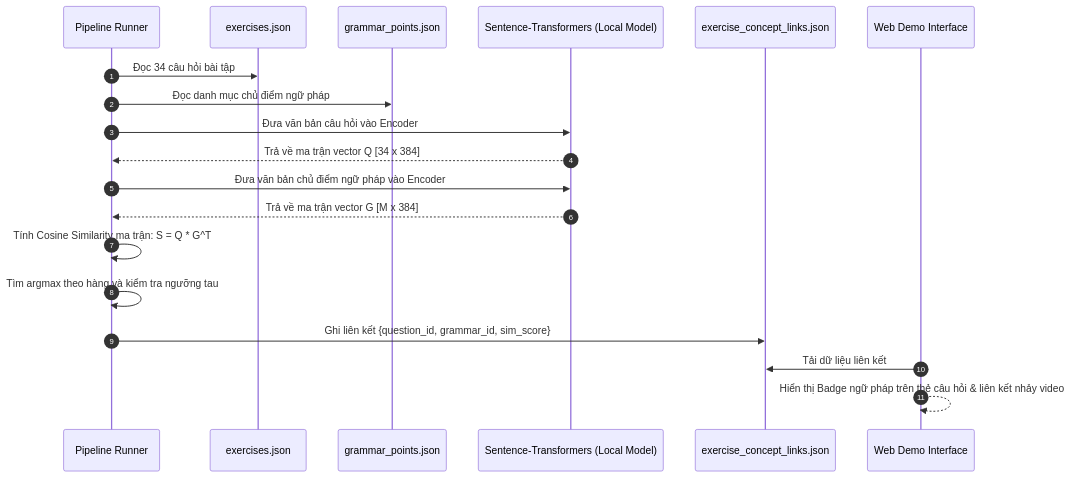
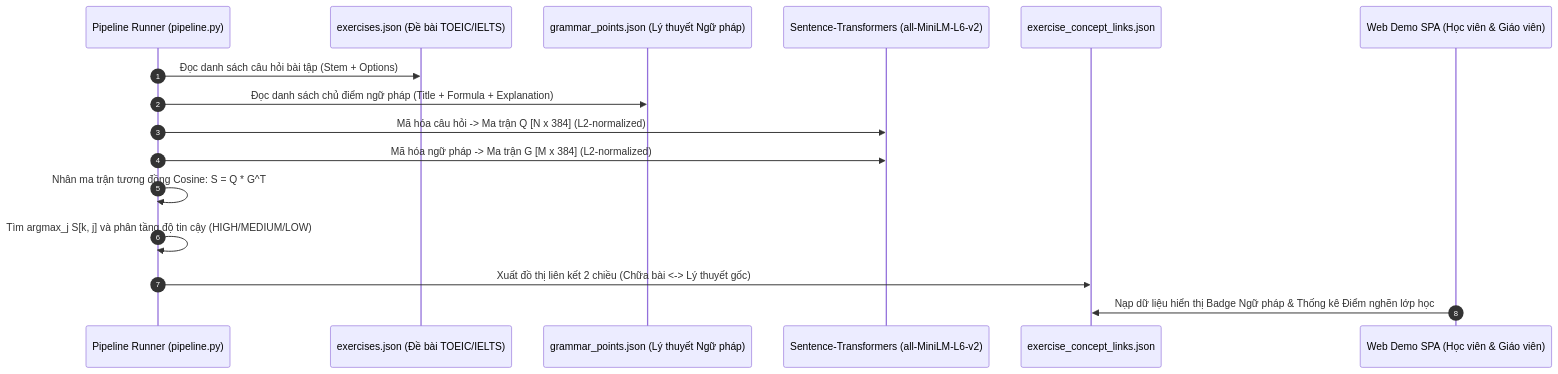
One commit to CelesEclipse/NLP501_edusync_mvp changed the second of 2 diagrams in docs/03_requirements_analysis_srs.md. Above: the diagram before and after it, drawn with Mermaid. The commit also changed other lines of this file and 20 other files, not shown here.

Commit message:
docs: unify TOEIC/IELTS focus, add research citations & technical NLP defense guide

````diff
--- a/docs/03_requirements_analysis_srs.md
+++ b/docs/03_requirements_analysis_srs.md
@@ -171,22 +111,19 @@
 ```mermaid
 sequenceDiagram
     autonumber
-    participant Pipeline as Pipeline Runner
-    participant Ex as exercises.json
-    participant GP as grammar_points.json
-    participant Emb as Sentence-Transformers (Local Model)
+    participant Pipeline as Pipeline Runner (pipeline.py)
+    participant Ex as exercises.json (Đề bài TOEIC/IELTS)
+    participant GP as grammar_points.json (Lý thuyết Ngữ pháp)
+    participant Emb as Sentence-Transformers (all-MiniLM-L6-v2)
     participant Out as exercise_concept_links.json
-    participant UI as Web Demo Interface
+    participant UI as Web Demo SPA (Học viên & Giáo viên)
 
-    Pipeline->>Ex: Đọc 34 câu hỏi bài tập
-    Pipeline->>GP: Đọc danh mục chủ điểm ngữ pháp
-    Pipeline->>Emb: Đưa văn bản câu hỏi vào Encoder
-    Emb-->>Pipeline: Trả về ma trận vector Q [34 x 384]
-    Pipeline->>Emb: Đưa văn bản chủ điểm ngữ pháp vào Encoder
-    Emb-->>Pipeline: Trả về ma trận vector G [M x 384]
-    Pipeline->>Pipeline: Tính Cosine Similarity ma trận: S = Q * G^T
-    Pipeline->>Pipeline: Tìm argmax theo hàng và kiểm tra ngưỡng tau
-    Pipeline->>Out: Ghi liên kết {question_id, grammar_id, sim_score}
-    UI->>Out: Tải dữ liệu liên kết
-    UI-->>UI: Hiển thị Badge ngữ pháp trên thẻ câu hỏi & liên kết nhảy video
+    Pipeline->>Ex: Đọc danh sách câu hỏi bài tập (Stem + Options)
+    Pipeline->>GP: Đọc danh sách chủ điểm ngữ pháp (Title + Formula + Explanation)
+    Pipeline->>Emb: Mã hóa câu hỏi -> Ma trận Q [N x 384] (L2-normalized)
+    Pipeline->>Emb: Mã hóa ngữ pháp -> Ma trận G [M x 384] (L2-normalized)
+    Pipeline->>Pipeline: Nhân ma trận tương đồng Cosine: S = Q * G^T
+    Pipeline->>Pipeline: Tìm argmax_j S[k, j] và phân tầng độ tin cậy (HIGH/MEDIUM/LOW)
+    Pipeline->>Out: Xuất đồ thị liên kết 2 chiều (Chữa bài <-> Lý thuyết gốc)
+    UI->>Out: Nạp dữ liệu hiển thị Badge Ngữ pháp & Thống kê Điểm nghẽn lớp học
 ```
````
